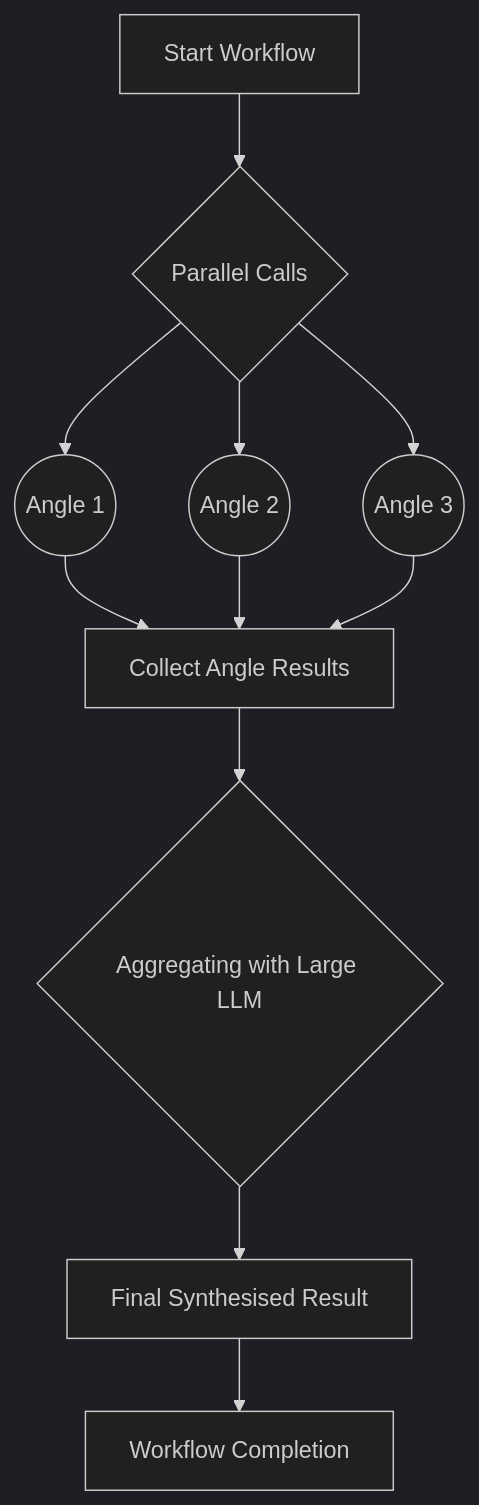
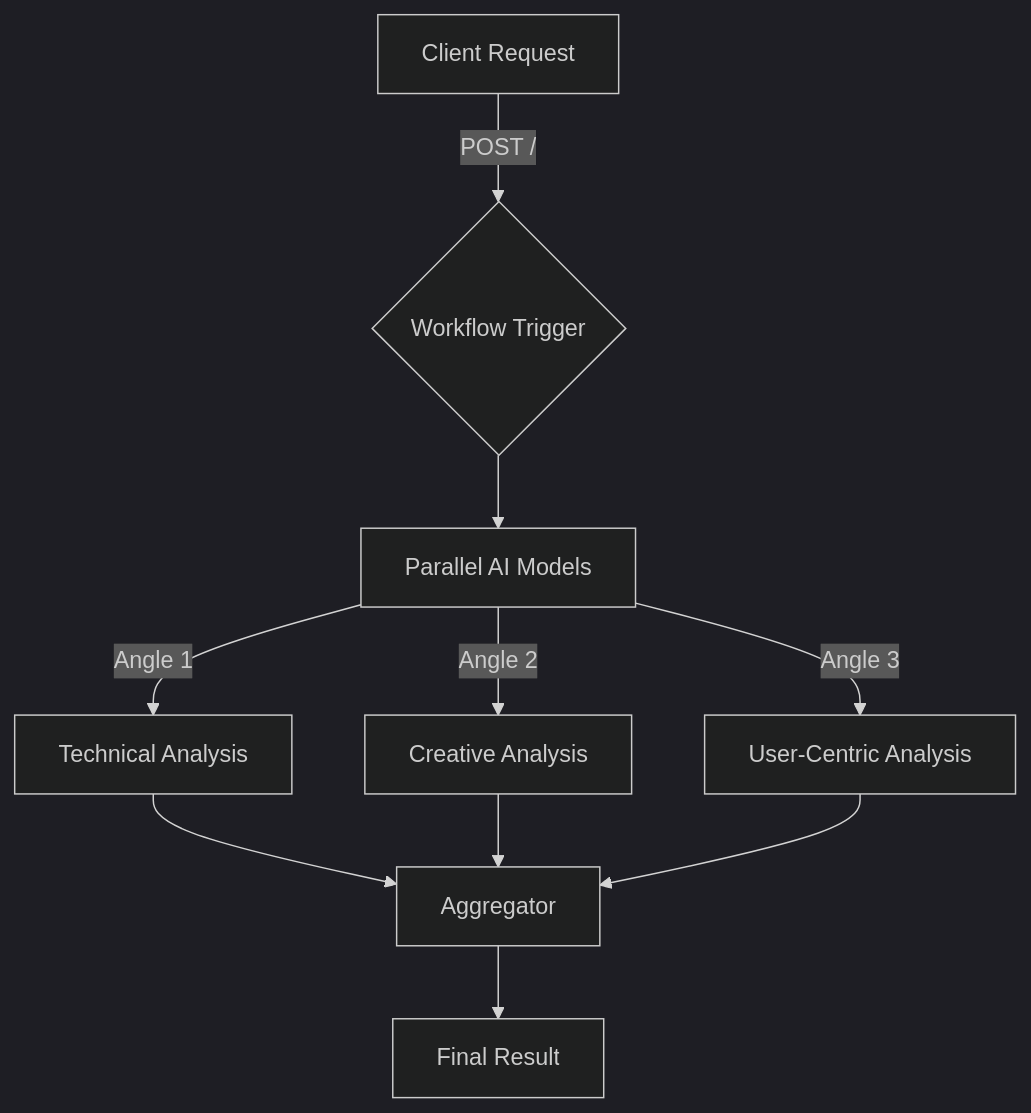
Before and after one commit to reeawnc/cloudflare: the first of 2 diagrams in apps/parallelisation/README.md, drawn with Mermaid (dark theme). The commit also changed other lines of this file and 12 other files, not shown here.

````diff
--- a/apps/parallelisation/README.md
+++ b/apps/parallelisation/README.md
@@ -115,13 +71,12 @@
 ```mermaid
-flowchart TB
-    A[Start Workflow] --> B{Parallel Calls}
-    B --> B1((Angle 1))
-    B --> B2((Angle 2))
-    B --> B3((Angle 3))
-    B1 --> C[Collect Angle Results]
-    B2 --> C
-    B3 --> C
-    C --> D{Aggregating with Large LLM}
-    D --> E[Final Synthesised Result]
-    E --> F[Workflow Completion]
+graph TD;
+    A[Client Request] -->|POST /| B{Workflow Trigger}
+    B --> C[Parallel AI Models]
+    C -->|Angle 1| D[Technical Analysis]
+    C -->|Angle 2| E[Creative Analysis]
+    C -->|Angle 3| F[User-Centric Analysis]
+    D --> G[Aggregator]
+    E --> G
+    F --> G
+    G --> H[Final Result]
 ```
````
